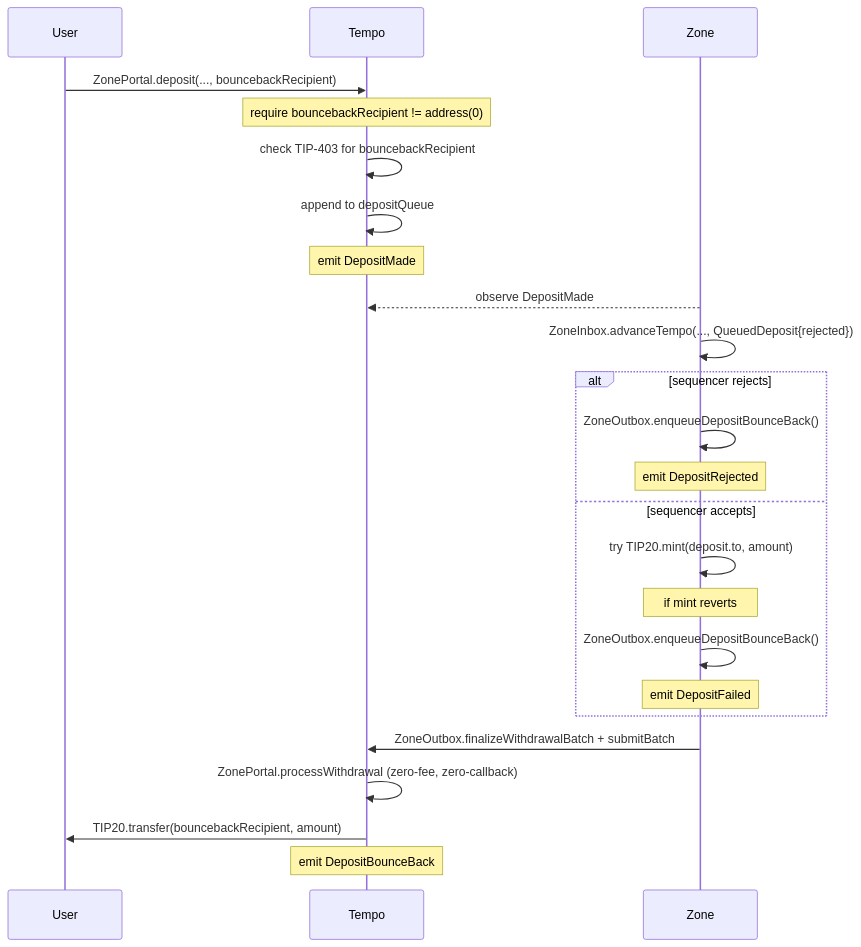
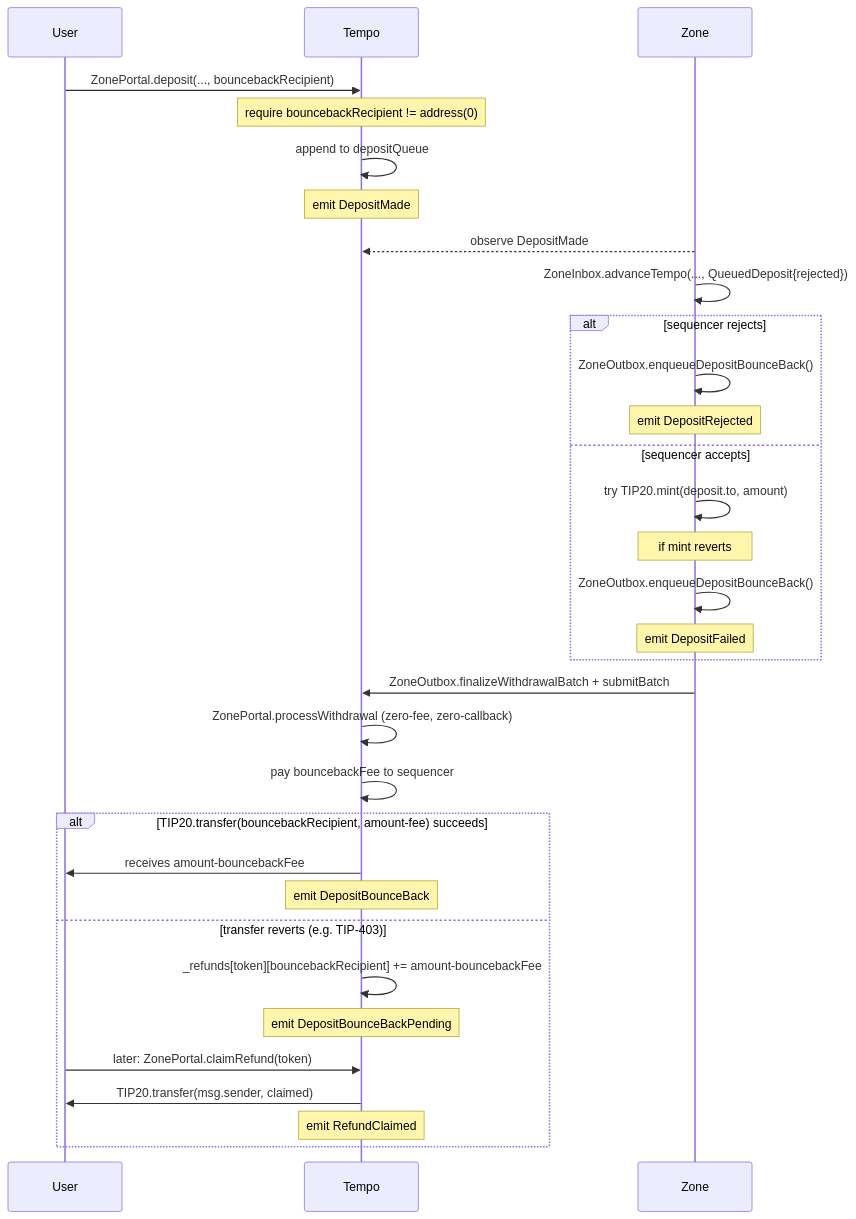
One commit to tempoxyz/zones changed the fourth of 6 diagrams in specs/spec.md. Above: the diagram before and after it, drawn with Mermaid. The commit also changed other lines of this file, not shown here.

First line of the commit message:
spec: refund registry replaces TIP-1052 transfer/mint exemption

````diff
--- a/specs/spec.md
+++ b/specs/spec.md
@@ -455,27 +479,35 @@
 ```mermaid
 sequenceDiagram
     participant U as User
     participant T as Tempo
     participant Z as Zone
 
     U->>T: ZonePortal.deposit(..., bouncebackRecipient)
     Note over T: require bouncebackRecipient != address(0)
-    T->>T: check TIP-403 for bouncebackRecipient
     T->>T: append to depositQueue
     Note over T: emit DepositMade
     Z-->>T: observe DepositMade
     Z->>Z: ZoneInbox.advanceTempo(..., QueuedDeposit{rejected})
     alt sequencer rejects
         Z->>Z: ZoneOutbox.enqueueDepositBounceBack()
         Note over Z: emit DepositRejected
     else sequencer accepts
         Z->>Z: try TIP20.mint(deposit.to, amount)
         Note over Z: if mint reverts
         Z->>Z: ZoneOutbox.enqueueDepositBounceBack()
         Note over Z: emit DepositFailed
     end
     Z->>T: ZoneOutbox.finalizeWithdrawalBatch + submitBatch
     T->>T: ZonePortal.processWithdrawal (zero-fee, zero-callback)
-    T->>U: TIP20.transfer(bouncebackRecipient, amount)
-    Note over T: emit DepositBounceBack
+    T->>T: pay bouncebackFee to sequencer
+    alt TIP20.transfer(bouncebackRecipient, amount-fee) succeeds
+        T->>U: receives amount-bouncebackFee
+        Note over T: emit DepositBounceBack
+    else transfer reverts (e.g. TIP-403)
+        T->>T: _refunds[token][bouncebackRecipient] += amount-bouncebackFee
+        Note over T: emit DepositBounceBackPending
+        U->>T: later: ZonePortal.claimRefund(token)
+        T->>U: TIP20.transfer(msg.sender, claimed)
+        Note over T: emit RefundClaimed
+    end
 ```
````
